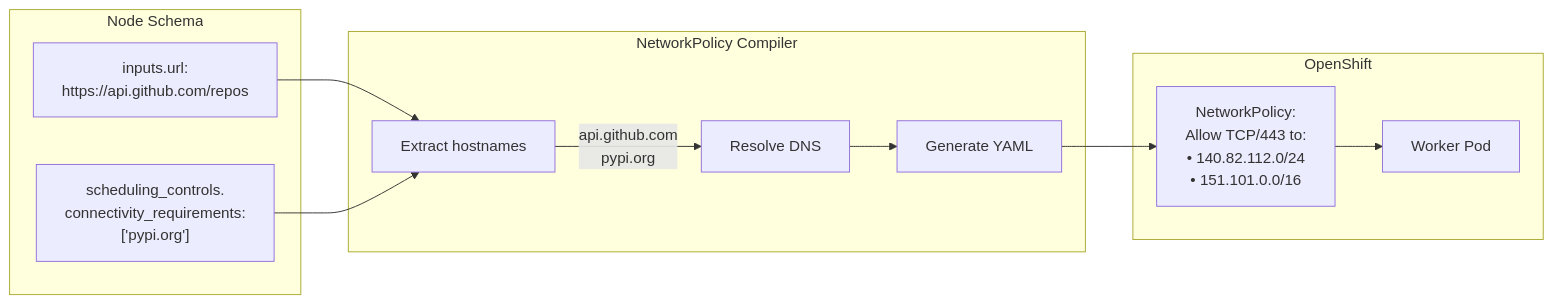
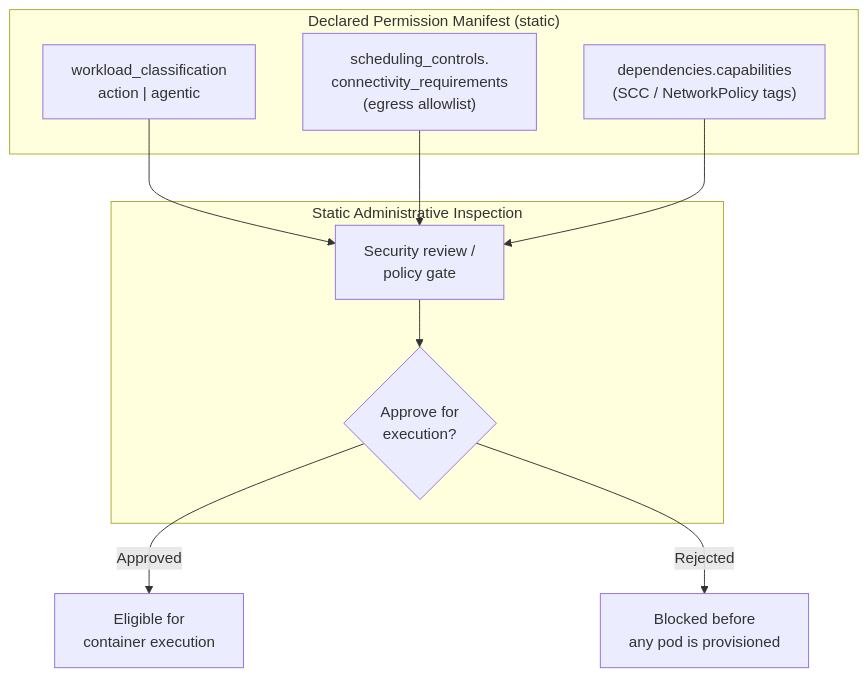
One commit to alisonlhart/syntara changed the fifth of 5 diagrams in schemas/node-sdk-architecture.md. Above: the diagram before and after it, drawn with Mermaid. The commit also changed other lines of this file and 21 other files, not shown here.

Commit message:
feat: Update architecture docs and schema examples to align with manifest approach

````diff
--- a/schemas/node-sdk-architecture.md
+++ b/schemas/node-sdk-architecture.md
@@ -171,25 +362,20 @@
 ```mermaid
-graph LR
-    subgraph SCHEMA["Node Schema"]
-        URL["inputs.url:<br/>https://api.github.com/repos"]
-        CONN["scheduling_controls.<br/>connectivity_requirements:<br/>['pypi.org']"]
+graph TB
+    subgraph MANIFEST["Declared Permission Manifest (static)"]
+        WC["workload_classification<br/>action | agentic"]
+        CONN["scheduling_controls.<br/>connectivity_requirements<br/>(egress allowlist)"]
+        CAPS["dependencies.capabilities<br/>(SCC / NetworkPolicy tags)"]
     end
 
-    subgraph COMPILER["NetworkPolicy Compiler"]
-        EXTRACT["Extract hostnames"]
-        DNS["Resolve DNS"]
-        YAML["Generate YAML"]
+    subgraph AUDIT["Static Administrative Inspection"]
+        REVIEW["Security review /<br/>policy gate"]
+        DECISION{"Approve for<br/>execution?"}
     end
 
-    subgraph K8S["OpenShift"]
-        NETPOL["NetworkPolicy:<br/>Allow TCP/443 to:<br/>• 140.82.112.0/24<br/>• 151.101.0.0/16"]
-        POD["Worker Pod"]
-    end
-
-    URL --> EXTRACT
-    CONN --> EXTRACT
-    EXTRACT -->|api.github.com<br/>pypi.org| DNS
-    DNS --> YAML
-    YAML --> NETPOL
-    NETPOL --> POD
+    WC --> REVIEW
+    CONN --> REVIEW
+    CAPS --> REVIEW
+    REVIEW --> DECISION
+    DECISION -->|Approved| ALLOW["Eligible for<br/>container execution"]
+    DECISION -->|Rejected| BLOCK["Blocked before<br/>any pod is provisioned"]
 ```
````
